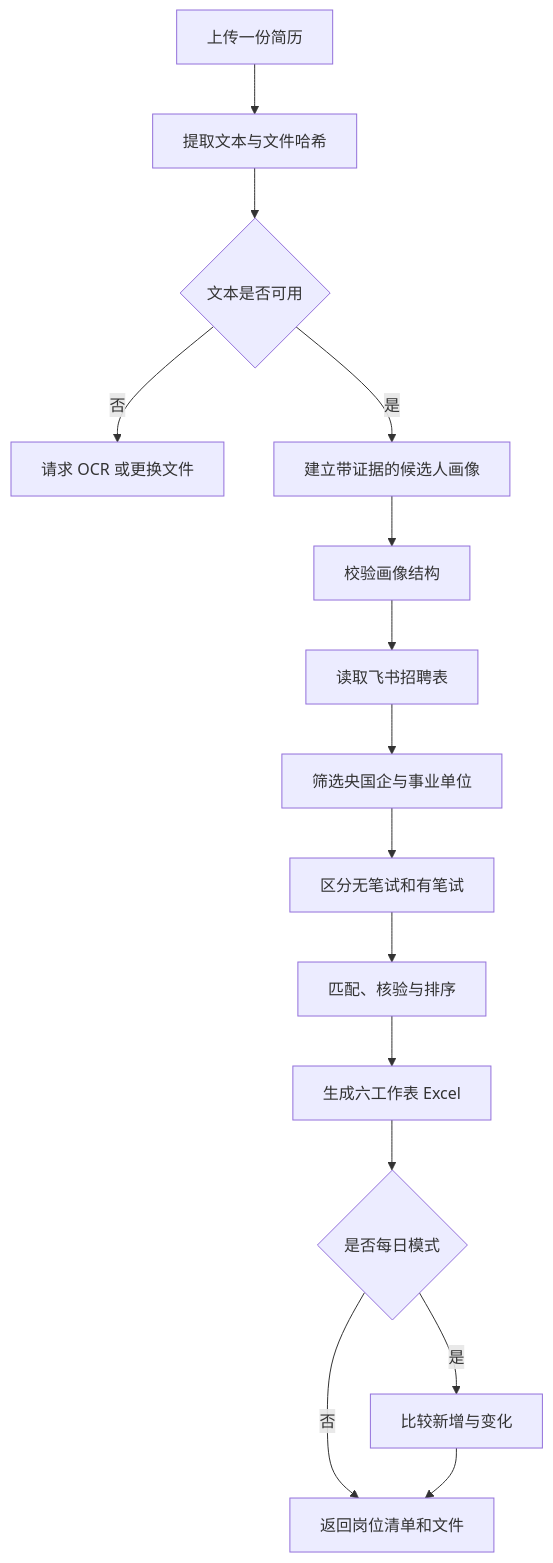
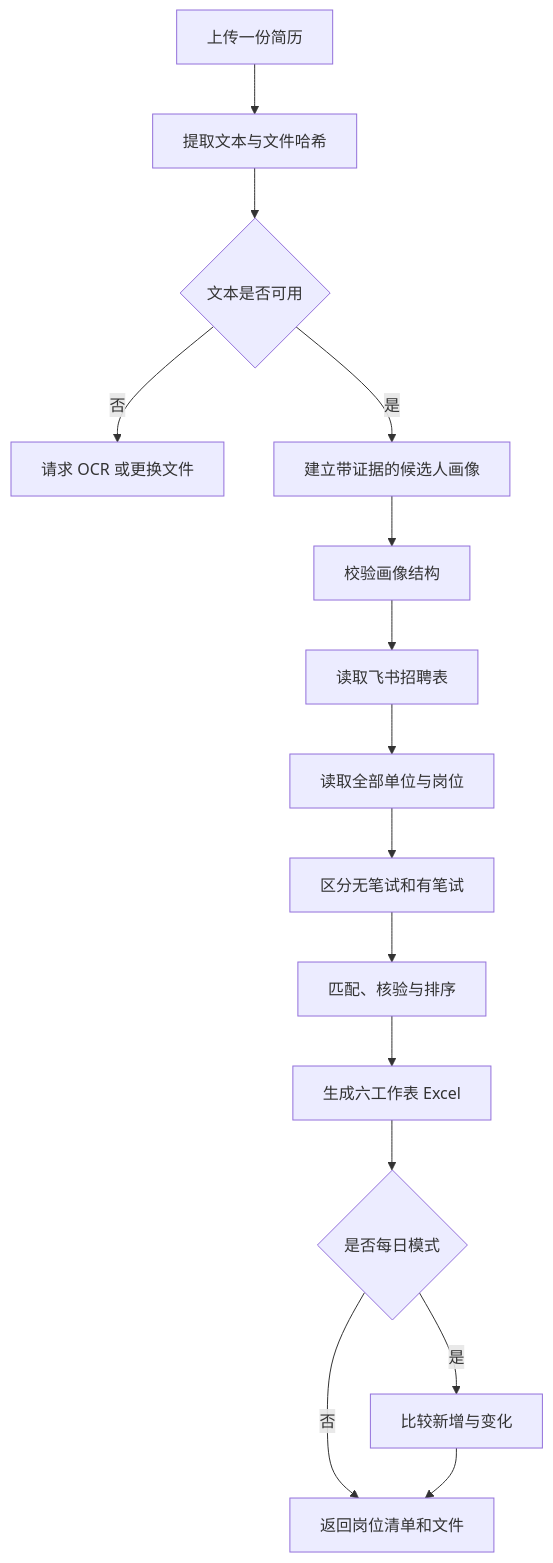
The diagram in README.md (siyunhao2025-beep/screen-state-owned-jobs-skill), drawn with Mermaid before and after one commit. The commit also changed other lines of this file and 3 other files, not shown here.

````diff
--- a/README.md
+++ b/README.md
@@ -158,17 +163,17 @@
 ```mermaid
 flowchart TD
     A[上传一份简历] --> B[提取文本与文件哈希]
     B --> C{文本是否可用}
     C -->|否| D[请求 OCR 或更换文件]
     C -->|是| E[建立带证据的候选人画像]
     E --> F[校验画像结构]
     F --> G[读取飞书招聘表]
-    G --> H[筛选央国企与事业单位]
+    G --> H[读取全部单位与岗位]
     H --> I[区分无笔试和有笔试]
     I --> J[匹配、核验与排序]
     J --> K[生成六工作表 Excel]
     K --> L{是否每日模式}
     L -->|是| M[比较新增与变化]
     L -->|否| N[返回岗位清单和文件]
     M --> N
 ```
````
